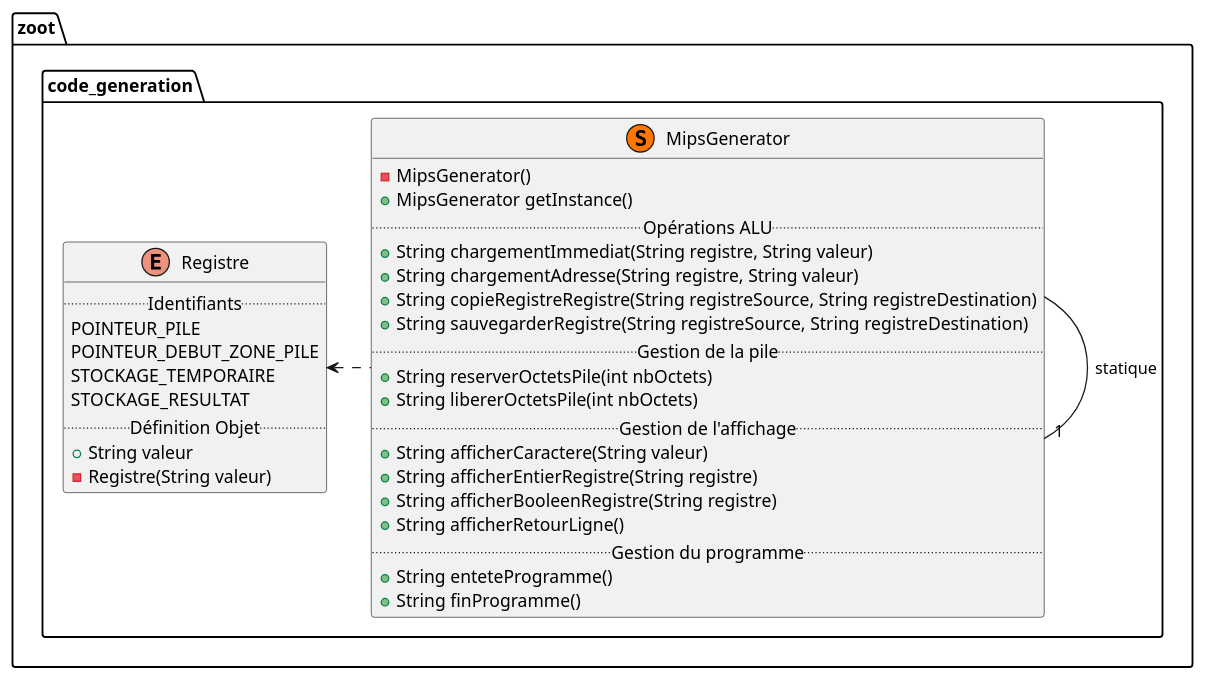
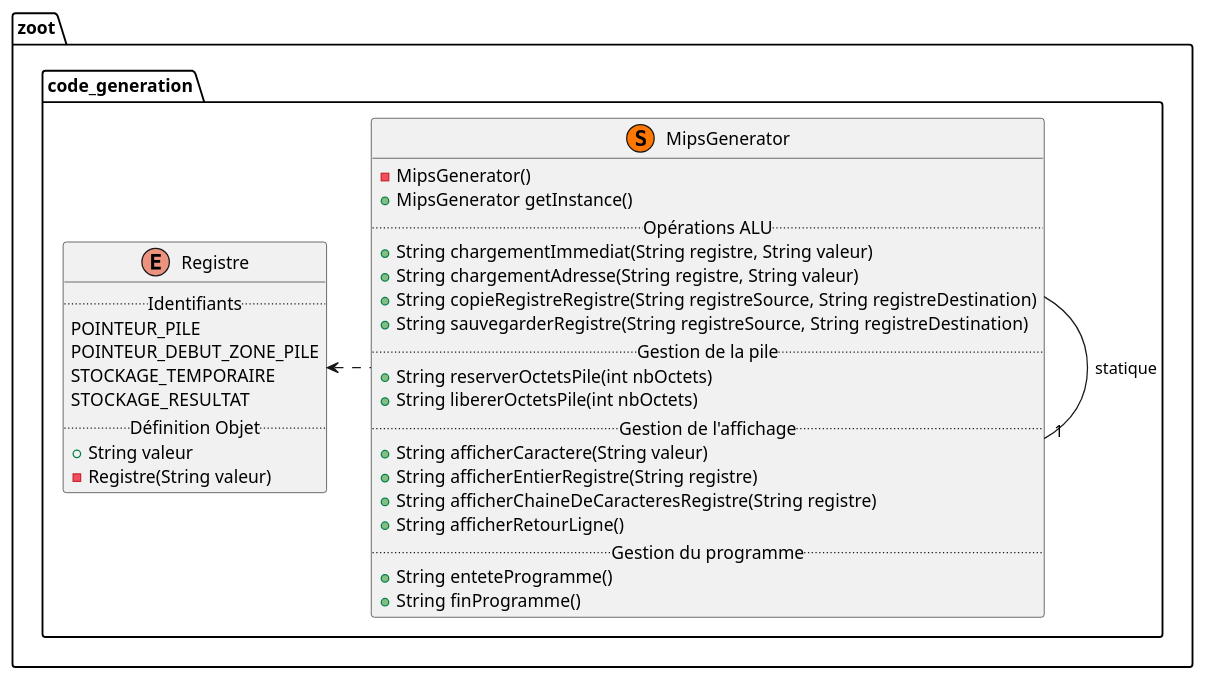
Before and after one commit to lmtb06/zoot: the diagram in diagrammes/classe/code_generation.puml, drawn with PlantUML. The commit also changed 2 other files, not shown here.

Commit message:
Création de tests pour MipsGenerator, suppresion de afficherBooleenRegistre, ajout de afficherChaineDeCaracteresRegistre.

```diff
--- a/diagrammes/classe/code_generation.puml
+++ b/diagrammes/classe/code_generation.puml
@@ -1,43 +1,43 @@
 @startuml "Package code_generation"
 
 namespace zoot.code_generation {
     ' Includes
     ' Classes
     enum Registre{
         .. Identifiants ..
         POINTEUR_PILE
         POINTEUR_DEBUT_ZONE_PILE
         STOCKAGE_TEMPORAIRE
         STOCKAGE_RESULTAT
         .. Définition Objet ..
         + String valeur
         - Registre(String valeur)
     }
 
     class MipsGenerator << (S,#FF7700) >> {
         - MipsGenerator()
         + MipsGenerator getInstance()
         .. Opérations ALU ..
         + String chargementImmediat(String registre, String valeur)
         + String chargementAdresse(String registre, String valeur)
         + String copieRegistreRegistre(String registreSource, String registreDestination)
         + String sauvegarderRegistre(String registreSource, String registreDestination)
         .. Gestion de la pile ..
         + String reserverOctetsPile(int nbOctets)
         + String libererOctetsPile(int nbOctets)
         .. Gestion de l'affichage ..
         + String afficherCaractere(String valeur)
         + String afficherEntierRegistre(String registre)
-        + String afficherBooleenRegistre(String registre)
+        + String afficherChaineDeCaracteresRegistre(String registre)
         + String afficherRetourLigne()
         .. Gestion du programme ..
         + String enteteProgramme()
         + String finProgramme()
     }
 
     ' Relations entre les classes
     MipsGenerator -right-"1" MipsGenerator : statique
     MipsGenerator .left.> Registre
 
 }
 @enduml
```
